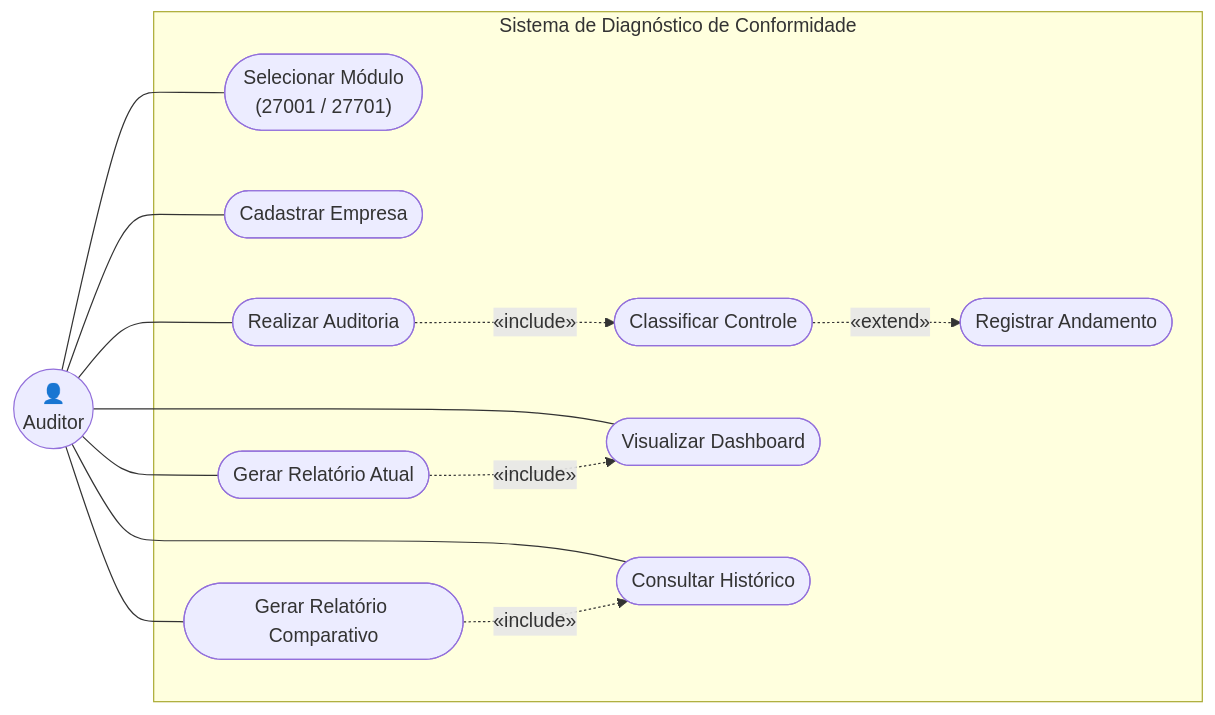
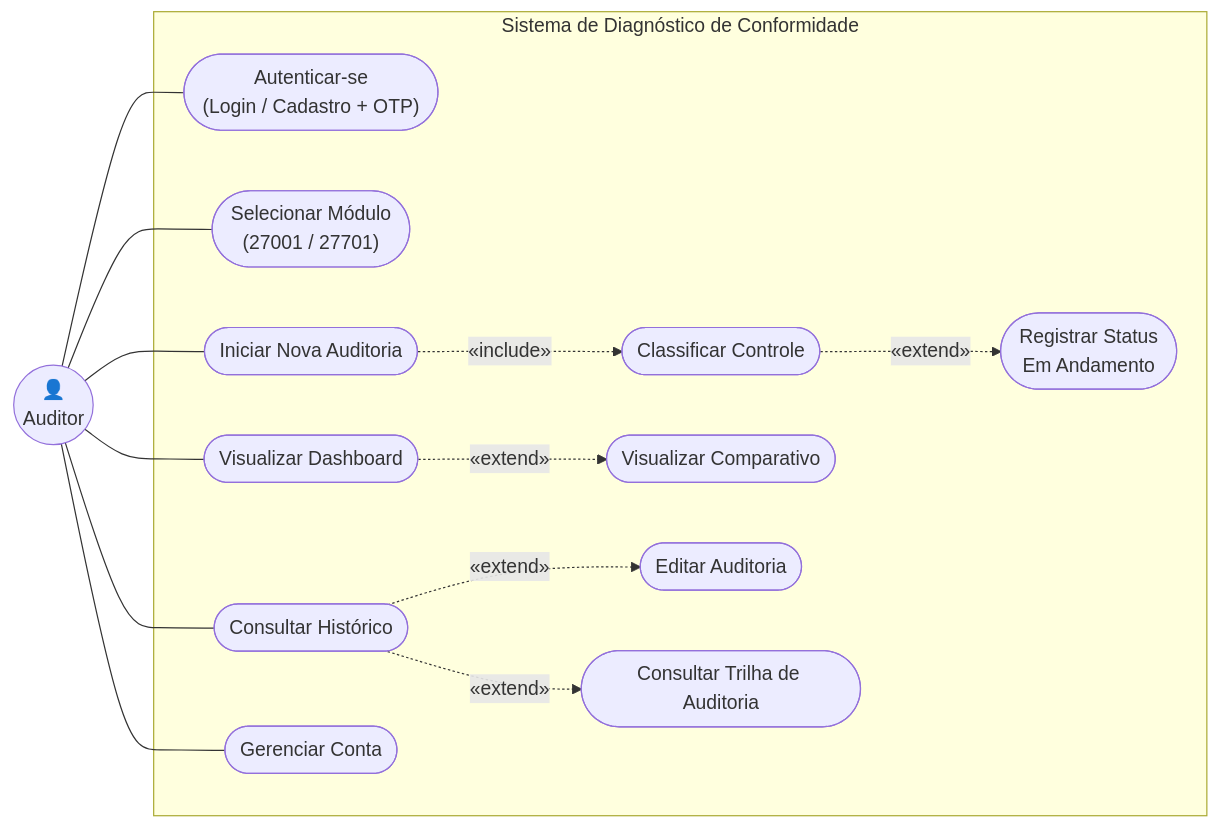
One commit to luizmariofontes/PSI1 changed the first of 3 diagrams in README.md. Above: the diagram before and after it, drawn with Mermaid. The commit also changed other lines of this file, not shown here.

````diff
--- a/README.md
+++ b/README.md
@@ -365,29 +365,31 @@
 ```mermaid
 flowchart LR
-    Auditor(("👤<br/>Auditor"))
+    Auditor(("👤\nAuditor"))
 
     subgraph SISTEMA["Sistema de Diagnóstico de Conformidade"]
-        UC1(["Selecionar Módulo<br/>(27001 / 27701)"])
-        UC2(["Cadastrar Empresa"])
-        UC3(["Realizar Auditoria"])
-        UC4(["Classificar Controle"])
-        UC5(["Registrar Andamento"])
-        UC6(["Visualizar Dashboard"])
-        UC7(["Gerar Relatório Atual"])
-        UC8(["Gerar Relatório Comparativo"])
-        UC9(["Consultar Histórico"])
+        UC0(["Autenticar-se\n(Login / Cadastro + OTP)"])
+        UC1(["Selecionar Módulo\n(27001 / 27701)"])
+        UC2(["Iniciar Nova Auditoria"])
+        UC3(["Classificar Controle"])
+        UC4(["Registrar Status\nEm Andamento"])
+        UC5(["Visualizar Dashboard"])
+        UC6(["Visualizar Comparativo"])
+        UC7(["Consultar Histórico"])
+        UC8(["Editar Auditoria"])
+        UC9(["Consultar Trilha de Auditoria"])
+        UC10(["Gerenciar Conta"])
     end
 
+    Auditor --- UC0
     Auditor --- UC1
     Auditor --- UC2
-    Auditor --- UC3
-    Auditor --- UC6
+    Auditor --- UC5
     Auditor --- UC7
-    Auditor --- UC8
-    Auditor --- UC9
+    Auditor --- UC10
 
-    UC3 -. «include» .-> UC4
-    UC4 -. «extend» .-> UC5
-    UC7 -. «include» .-> UC6
-    UC8 -. «include» .-> UC9
+    UC2 -. «include» .-> UC3
+    UC3 -. «extend» .-> UC4
+    UC5 -. «extend» .-> UC6
+    UC7 -. «extend» .-> UC8
+    UC7 -. «extend» .-> UC9
 ```
````
